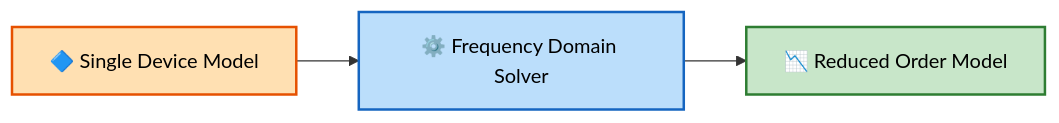
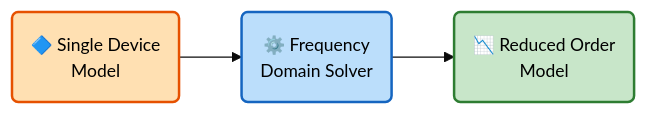
The first of 6 diagrams in docs/architecture.md (Dark-Elektron/cavsim3d), drawn with Mermaid before and after one commit. The commit also changed other lines of this file and 32 other files, not shown here.

````diff
--- a/docs/architecture.md
+++ b/docs/architecture.md
@@ -11,7 +10,8 @@
 ```mermaid
+%%{init: {'theme': 'base', 'themeVariables': {'fontSize': '14px'}}}%%
 graph LR
-    A1["🔷 Single Device Model"]:::input --> B1["⚙️ Frequency Domain Solver"]:::process --> C1["📉 Reduced Order Model"]:::output
+    A1("🔷 Single Device<br/>Model"):::input --> B1("⚙️ Frequency<br/>Domain Solver"):::process --> C1("📉 Reduced Order<br/>Model"):::output
     classDef input fill:#ffe0b2,stroke:#e65100,stroke-width:2px,color:#000
     classDef process fill:#bbdefb,stroke:#1565c0,stroke-width:2px,color:#000
     classDef output fill:#c8e6c9,stroke:#2e7d32,stroke-width:2px,color:#000
 ```
````
